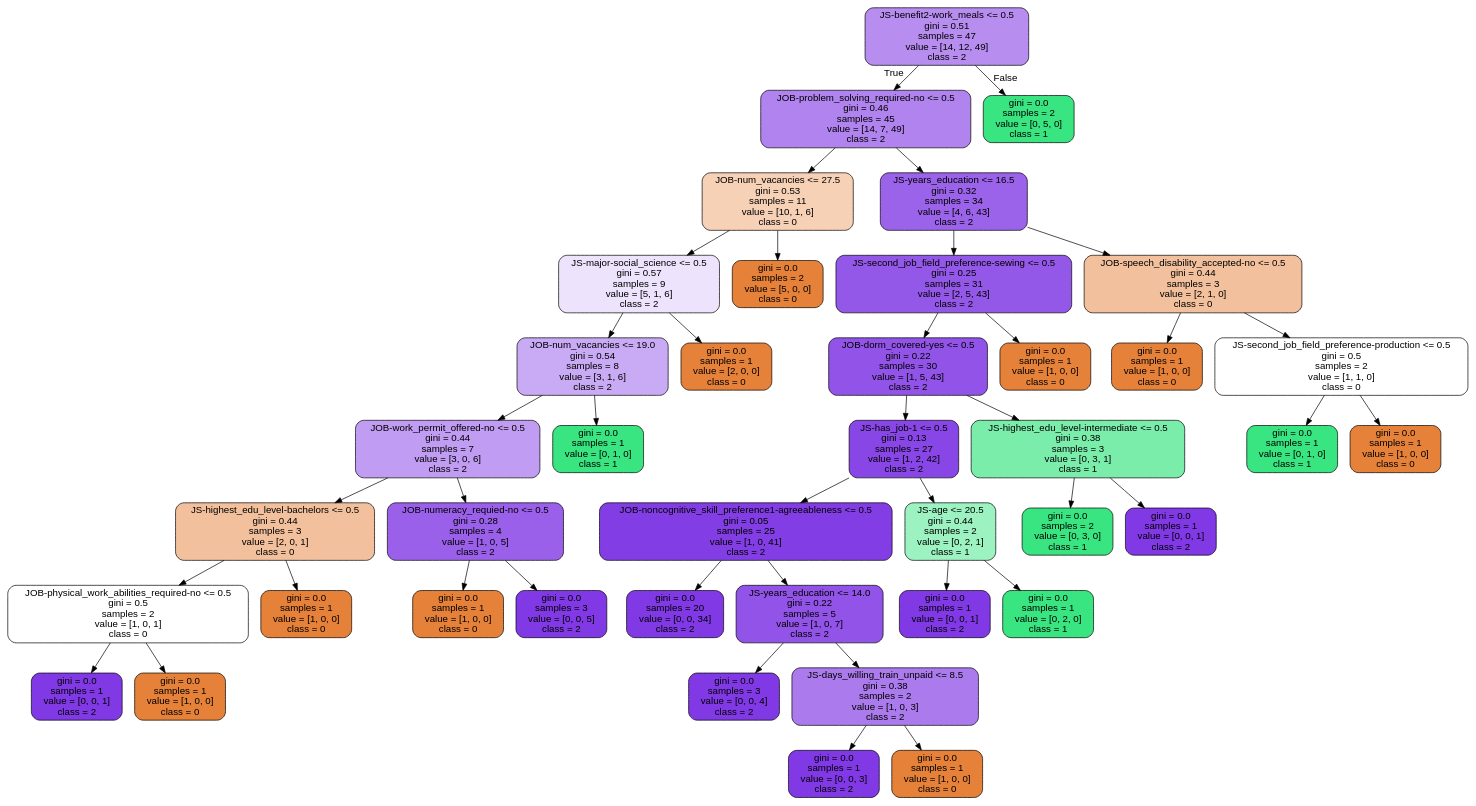
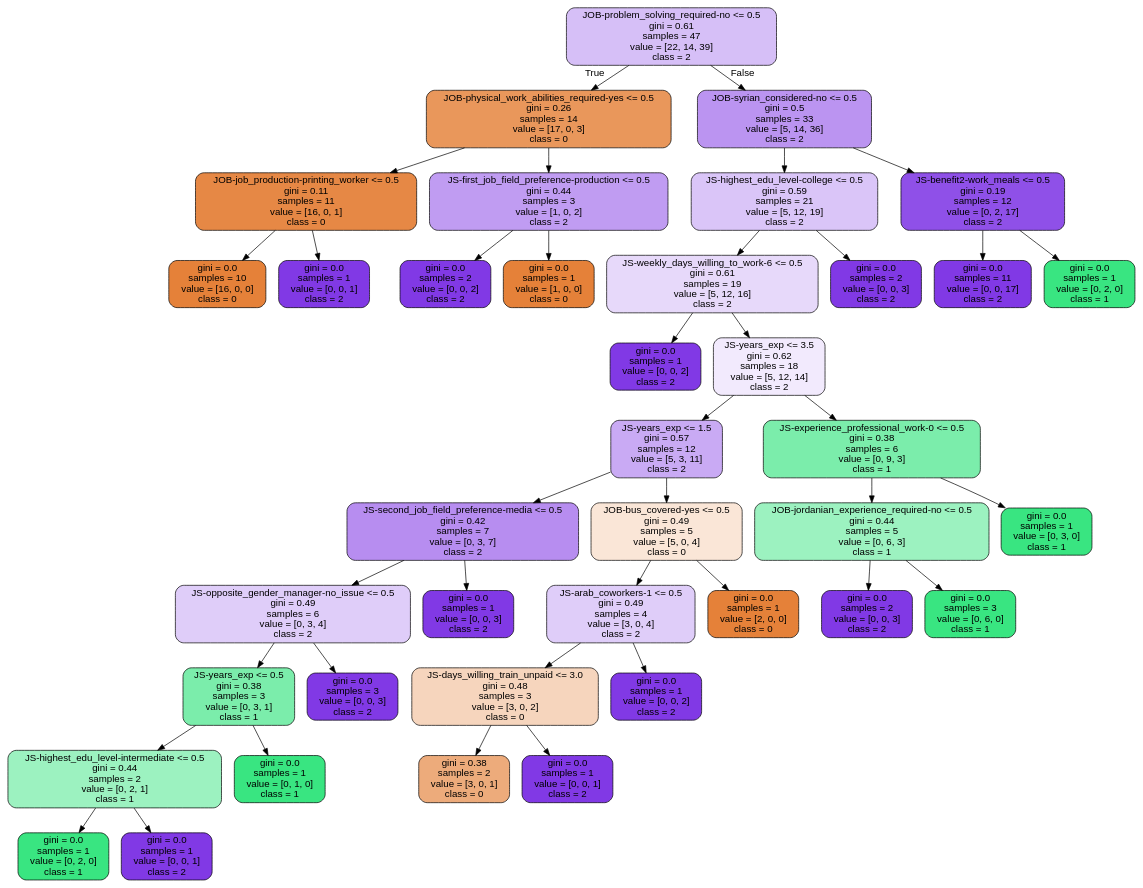
The diagram in tree.dot (theirc/tashbeek), drawn with Graphviz before and after one commit. The commit also changed 2 other files, not shown here.

```diff
--- a/tree.dot
+++ b/tree.dot
@@ -1,85 +1,81 @@
 digraph Tree {
 node [shape=box, style="filled, rounded", color="black", fontname=helvetica] ;
 edge [fontname=helvetica] ;
-0 [label="JS-benefit2-work_meals <= 0.5\ngini = 0.51\nsamples = 47\nvalue = [14, 12, 49]\nclass = 2", fillcolor="#8139e592"] ;
-1 [label="JOB-problem_solving_required-no <= 0.5\ngini = 0.46\nsamples = 45\nvalue = [14, 7, 49]\nclass = 2", fillcolor="#8139e59f"] ;
+0 [label="JOB-problem_solving_required-no <= 0.5\ngini = 0.61\nsamples = 47\nvalue = [22, 14, 39]\nclass = 2", fillcolor="#8139e552"] ;
+1 [label="JOB-physical_work_abilities_required-yes <= 0.5\ngini = 0.26\nsamples = 14\nvalue = [17, 0, 3]\nclass = 0", fillcolor="#e58139d2"] ;
 0 -> 1 [labeldistance=2.5, labelangle=45, headlabel="True"] ;
-2 [label="JOB-num_vacancies <= 27.5\ngini = 0.53\nsamples = 11\nvalue = [10, 1, 6]\nclass = 0", fillcolor="#e581395d"] ;
+2 [label="JOB-job_production-printing_worker <= 0.5\ngini = 0.11\nsamples = 11\nvalue = [16, 0, 1]\nclass = 0", fillcolor="#e58139ef"] ;
 1 -> 2 ;
-3 [label="JS-major-social_science <= 0.5\ngini = 0.57\nsamples = 9\nvalue = [5, 1, 6]\nclass = 2", fillcolor="#8139e524"] ;
+3 [label="gini = 0.0\nsamples = 10\nvalue = [16, 0, 0]\nclass = 0", fillcolor="#e58139ff"] ;
 2 -> 3 ;
-4 [label="JOB-num_vacancies <= 19.0\ngini = 0.54\nsamples = 8\nvalue = [3, 1, 6]\nclass = 2", fillcolor="#8139e56d"] ;
-3 -> 4 ;
-5 [label="JOB-work_permit_offered-no <= 0.5\ngini = 0.44\nsamples = 7\nvalue = [3, 0, 6]\nclass = 2", fillcolor="#8139e57f"] ;
-4 -> 5 ;
-6 [label="JS-highest_edu_level-bachelors <= 0.5\ngini = 0.44\nsamples = 3\nvalue = [2, 0, 1]\nclass = 0", fillcolor="#e581397f"] ;
+4 [label="gini = 0.0\nsamples = 1\nvalue = [0, 0, 1]\nclass = 2", fillcolor="#8139e5ff"] ;
+2 -> 4 ;
+5 [label="JS-first_job_field_preference-production <= 0.5\ngini = 0.44\nsamples = 3\nvalue = [1, 0, 2]\nclass = 2", fillcolor="#8139e57f"] ;
+1 -> 5 ;
+6 [label="gini = 0.0\nsamples = 2\nvalue = [0, 0, 2]\nclass = 2", fillcolor="#8139e5ff"] ;
 5 -> 6 ;
-7 [label="JOB-physical_work_abilities_required-no <= 0.5\ngini = 0.5\nsamples = 2\nvalue = [1, 0, 1]\nclass = 0", fillcolor="#e5813900"] ;
-6 -> 7 ;
-8 [label="gini = 0.0\nsamples = 1\nvalue = [0, 0, 1]\nclass = 2", fillcolor="#8139e5ff"] ;
-7 -> 8 ;
-9 [label="gini = 0.0\nsamples = 1\nvalue = [1, 0, 0]\nclass = 0", fillcolor="#e58139ff"] ;
-7 -> 9 ;
-10 [label="gini = 0.0\nsamples = 1\nvalue = [1, 0, 0]\nclass = 0", fillcolor="#e58139ff"] ;
-6 -> 10 ;
-11 [label="JOB-numeracy_requied-no <= 0.5\ngini = 0.28\nsamples = 4\nvalue = [1, 0, 5]\nclass = 2", fillcolor="#8139e5cc"] ;
-5 -> 11 ;
-12 [label="gini = 0.0\nsamples = 1\nvalue = [1, 0, 0]\nclass = 0", fillcolor="#e58139ff"] ;
-11 -> 12 ;
-13 [label="gini = 0.0\nsamples = 3\nvalue = [0, 0, 5]\nclass = 2", fillcolor="#8139e5ff"] ;
-11 -> 13 ;
-14 [label="gini = 0.0\nsamples = 1\nvalue = [0, 1, 0]\nclass = 1", fillcolor="#39e581ff"] ;
-4 -> 14 ;
-15 [label="gini = 0.0\nsamples = 1\nvalue = [2, 0, 0]\nclass = 0", fillcolor="#e58139ff"] ;
-3 -> 15 ;
-16 [label="gini = 0.0\nsamples = 2\nvalue = [5, 0, 0]\nclass = 0", fillcolor="#e58139ff"] ;
-2 -> 16 ;
-17 [label="JS-years_education <= 16.5\ngini = 0.32\nsamples = 34\nvalue = [4, 6, 43]\nclass = 2", fillcolor="#8139e5c9"] ;
-1 -> 17 ;
-18 [label="JS-second_job_field_preference-sewing <= 0.5\ngini = 0.25\nsamples = 31\nvalue = [2, 5, 43]\nclass = 2", fillcolor="#8139e5d7"] ;
+7 [label="gini = 0.0\nsamples = 1\nvalue = [1, 0, 0]\nclass = 0", fillcolor="#e58139ff"] ;
+5 -> 7 ;
+8 [label="JOB-syrian_considered-no <= 0.5\ngini = 0.5\nsamples = 33\nvalue = [5, 14, 36]\nclass = 2", fillcolor="#8139e589"] ;
+0 -> 8 [labeldistance=2.5, labelangle=-45, headlabel="False"] ;
+9 [label="JS-highest_edu_level-college <= 0.5\ngini = 0.59\nsamples = 21\nvalue = [5, 12, 19]\nclass = 2", fillcolor="#8139e54a"] ;
+8 -> 9 ;
+10 [label="JS-weekly_days_willing_to_work-6 <= 0.5\ngini = 0.61\nsamples = 19\nvalue = [5, 12, 16]\nclass = 2", fillcolor="#8139e531"] ;
+9 -> 10 ;
+11 [label="gini = 0.0\nsamples = 1\nvalue = [0, 0, 2]\nclass = 2", fillcolor="#8139e5ff"] ;
+10 -> 11 ;
+12 [label="JS-years_exp <= 3.5\ngini = 0.62\nsamples = 18\nvalue = [5, 12, 14]\nclass = 2", fillcolor="#8139e51b"] ;
+10 -> 12 ;
+13 [label="JS-years_exp <= 1.5\ngini = 0.57\nsamples = 12\nvalue = [5, 3, 11]\nclass = 2", fillcolor="#8139e56d"] ;
+12 -> 13 ;
+14 [label="JS-second_job_field_preference-media <= 0.5\ngini = 0.42\nsamples = 7\nvalue = [0, 3, 7]\nclass = 2", fillcolor="#8139e592"] ;
+13 -> 14 ;
+15 [label="JS-opposite_gender_manager-no_issue <= 0.5\ngini = 0.49\nsamples = 6\nvalue = [0, 3, 4]\nclass = 2", fillcolor="#8139e540"] ;
+14 -> 15 ;
+16 [label="JS-years_exp <= 0.5\ngini = 0.38\nsamples = 3\nvalue = [0, 3, 1]\nclass = 1", fillcolor="#39e581aa"] ;
+15 -> 16 ;
+17 [label="JS-highest_edu_level-intermediate <= 0.5\ngini = 0.44\nsamples = 2\nvalue = [0, 2, 1]\nclass = 1", fillcolor="#39e5817f"] ;
+16 -> 17 ;
+18 [label="gini = 0.0\nsamples = 1\nvalue = [0, 2, 0]\nclass = 1", fillcolor="#39e581ff"] ;
 17 -> 18 ;
-19 [label="JOB-dorm_covered-yes <= 0.5\ngini = 0.22\nsamples = 30\nvalue = [1, 5, 43]\nclass = 2", fillcolor="#8139e5dc"] ;
-18 -> 19 ;
-20 [label="JS-has_job-1 <= 0.5\ngini = 0.13\nsamples = 27\nvalue = [1, 2, 42]\nclass = 2", fillcolor="#8139e5ed"] ;
-19 -> 20 ;
-21 [label="JOB-noncognitive_skill_preference1-agreeableness <= 0.5\ngini = 0.05\nsamples = 25\nvalue = [1, 0, 41]\nclass = 2", fillcolor="#8139e5f9"] ;
-20 -> 21 ;
-22 [label="gini = 0.0\nsamples = 20\nvalue = [0, 0, 34]\nclass = 2", fillcolor="#8139e5ff"] ;
-21 -> 22 ;
-23 [label="JS-years_education <= 14.0\ngini = 0.22\nsamples = 5\nvalue = [1, 0, 7]\nclass = 2", fillcolor="#8139e5db"] ;
-21 -> 23 ;
-24 [label="gini = 0.0\nsamples = 3\nvalue = [0, 0, 4]\nclass = 2", fillcolor="#8139e5ff"] ;
+19 [label="gini = 0.0\nsamples = 1\nvalue = [0, 0, 1]\nclass = 2", fillcolor="#8139e5ff"] ;
+17 -> 19 ;
+20 [label="gini = 0.0\nsamples = 1\nvalue = [0, 1, 0]\nclass = 1", fillcolor="#39e581ff"] ;
+16 -> 20 ;
+21 [label="gini = 0.0\nsamples = 3\nvalue = [0, 0, 3]\nclass = 2", fillcolor="#8139e5ff"] ;
+15 -> 21 ;
+22 [label="gini = 0.0\nsamples = 1\nvalue = [0, 0, 3]\nclass = 2", fillcolor="#8139e5ff"] ;
+14 -> 22 ;
+23 [label="JOB-bus_covered-yes <= 0.5\ngini = 0.49\nsamples = 5\nvalue = [5, 0, 4]\nclass = 0", fillcolor="#e5813933"] ;
+13 -> 23 ;
+24 [label="JS-arab_coworkers-1 <= 0.5\ngini = 0.49\nsamples = 4\nvalue = [3, 0, 4]\nclass = 2", fillcolor="#8139e540"] ;
 23 -> 24 ;
-25 [label="JS-days_willing_train_unpaid <= 8.5\ngini = 0.38\nsamples = 2\nvalue = [1, 0, 3]\nclass = 2", fillcolor="#8139e5aa"] ;
-23 -> 25 ;
-26 [label="gini = 0.0\nsamples = 1\nvalue = [0, 0, 3]\nclass = 2", fillcolor="#8139e5ff"] ;
+25 [label="JS-days_willing_train_unpaid <= 3.0\ngini = 0.48\nsamples = 3\nvalue = [3, 0, 2]\nclass = 0", fillcolor="#e5813955"] ;
+24 -> 25 ;
+26 [label="gini = 0.38\nsamples = 2\nvalue = [3, 0, 1]\nclass = 0", fillcolor="#e58139aa"] ;
 25 -> 26 ;
-27 [label="gini = 0.0\nsamples = 1\nvalue = [1, 0, 0]\nclass = 0", fillcolor="#e58139ff"] ;
+27 [label="gini = 0.0\nsamples = 1\nvalue = [0, 0, 1]\nclass = 2", fillcolor="#8139e5ff"] ;
 25 -> 27 ;
-28 [label="JS-age <= 20.5\ngini = 0.44\nsamples = 2\nvalue = [0, 2, 1]\nclass = 1", fillcolor="#39e5817f"] ;
-20 -> 28 ;
-29 [label="gini = 0.0\nsamples = 1\nvalue = [0, 0, 1]\nclass = 2", fillcolor="#8139e5ff"] ;
-28 -> 29 ;
-30 [label="gini = 0.0\nsamples = 1\nvalue = [0, 2, 0]\nclass = 1", fillcolor="#39e581ff"] ;
-28 -> 30 ;
-31 [label="JS-highest_edu_level-intermediate <= 0.5\ngini = 0.38\nsamples = 3\nvalue = [0, 3, 1]\nclass = 1", fillcolor="#39e581aa"] ;
-19 -> 31 ;
-32 [label="gini = 0.0\nsamples = 2\nvalue = [0, 3, 0]\nclass = 1", fillcolor="#39e581ff"] ;
+28 [label="gini = 0.0\nsamples = 1\nvalue = [0, 0, 2]\nclass = 2", fillcolor="#8139e5ff"] ;
+24 -> 28 ;
+29 [label="gini = 0.0\nsamples = 1\nvalue = [2, 0, 0]\nclass = 0", fillcolor="#e58139ff"] ;
+23 -> 29 ;
+30 [label="JS-experience_professional_work-0 <= 0.5\ngini = 0.38\nsamples = 6\nvalue = [0, 9, 3]\nclass = 1", fillcolor="#39e581aa"] ;
+12 -> 30 ;
+31 [label="JOB-jordanian_experience_required-no <= 0.5\ngini = 0.44\nsamples = 5\nvalue = [0, 6, 3]\nclass = 1", fillcolor="#39e5817f"] ;
+30 -> 31 ;
+32 [label="gini = 0.0\nsamples = 2\nvalue = [0, 0, 3]\nclass = 2", fillcolor="#8139e5ff"] ;
 31 -> 32 ;
-33 [label="gini = 0.0\nsamples = 1\nvalue = [0, 0, 1]\nclass = 2", fillcolor="#8139e5ff"] ;
+33 [label="gini = 0.0\nsamples = 3\nvalue = [0, 6, 0]\nclass = 1", fillcolor="#39e581ff"] ;
 31 -> 33 ;
-34 [label="gini = 0.0\nsamples = 1\nvalue = [1, 0, 0]\nclass = 0", fillcolor="#e58139ff"] ;
-18 -> 34 ;
-35 [label="JOB-speech_disability_accepted-no <= 0.5\ngini = 0.44\nsamples = 3\nvalue = [2, 1, 0]\nclass = 0", fillcolor="#e581397f"] ;
-17 -> 35 ;
-36 [label="gini = 0.0\nsamples = 1\nvalue = [1, 0, 0]\nclass = 0", fillcolor="#e58139ff"] ;
-35 -> 36 ;
-37 [label="JS-second_job_field_preference-production <= 0.5\ngini = 0.5\nsamples = 2\nvalue = [1, 1, 0]\nclass = 0", fillcolor="#e5813900"] ;
-35 -> 37 ;
-38 [label="gini = 0.0\nsamples = 1\nvalue = [0, 1, 0]\nclass = 1", fillcolor="#39e581ff"] ;
-37 -> 38 ;
-39 [label="gini = 0.0\nsamples = 1\nvalue = [1, 0, 0]\nclass = 0", fillcolor="#e58139ff"] ;
-37 -> 39 ;
-40 [label="gini = 0.0\nsamples = 2\nvalue = [0, 5, 0]\nclass = 1", fillcolor="#39e581ff"] ;
-0 -> 40 [labeldistance=2.5, labelangle=-45, headlabel="False"] ;
+34 [label="gini = 0.0\nsamples = 1\nvalue = [0, 3, 0]\nclass = 1", fillcolor="#39e581ff"] ;
+30 -> 34 ;
+35 [label="gini = 0.0\nsamples = 2\nvalue = [0, 0, 3]\nclass = 2", fillcolor="#8139e5ff"] ;
+9 -> 35 ;
+36 [label="JS-benefit2-work_meals <= 0.5\ngini = 0.19\nsamples = 12\nvalue = [0, 2, 17]\nclass = 2", fillcolor="#8139e5e1"] ;
+8 -> 36 ;
+37 [label="gini = 0.0\nsamples = 11\nvalue = [0, 0, 17]\nclass = 2", fillcolor="#8139e5ff"] ;
+36 -> 37 ;
+38 [label="gini = 0.0\nsamples = 1\nvalue = [0, 2, 0]\nclass = 1", fillcolor="#39e581ff"] ;
+36 -> 38 ;
 }
```
